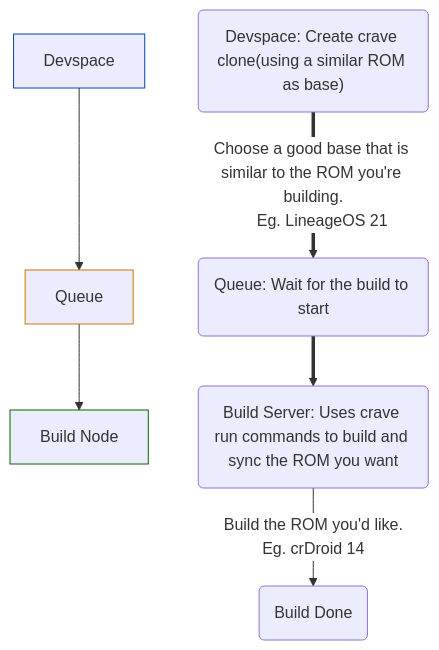
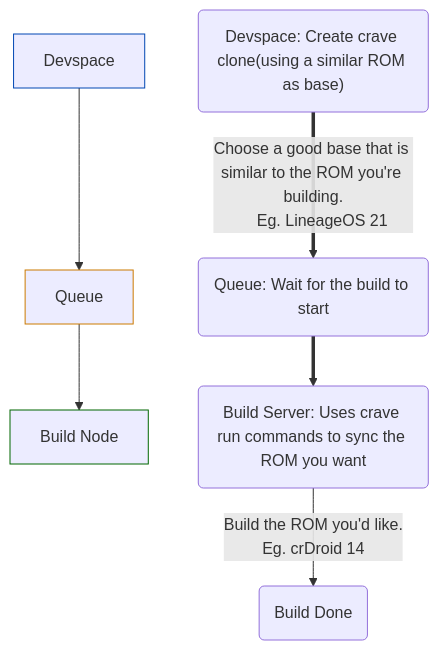
The diagram in getting-started/unsupported-roms.md (FOSSonTop/crave), drawn with Mermaid before and after one commit.

Commit message:
Unsupported: Fix colors

````diff
--- a/getting-started/unsupported-roms.md
+++ b/getting-started/unsupported-roms.md
@@ -16,20 +16,19 @@
 ```mermaid
-%%{init: {'themeVariables': { 'primaryColor': '#ffcccc', 'edgeLabelBackground':'#fff', 'tertiaryColor':'#ccffcc'}}}%%
 graph TD
     %% Diagram 1: Create crave clone -> start build
     A[Devspace] --> M
     M[Queue] --> N[Build Node]
     
     style A stroke:#0047b3
     style M stroke:#cc7a00
     style N stroke:#006600
 
     P("Devspace: Create crave clone(using a similar ROM as base)") 
     Q("Queue: Wait for the build to start") 
-    R("Build Server: Uses crave run commands to build and sync the ROM you want")
+    R("Build Server: Uses crave run commands to sync the ROM you want")
     
     P ==> | Choose a good base that is similar to the ROM you're building.
     Eg. LineageOS 21 |Q ==> R --> |Build the ROM you'd like. 
     Eg. crDroid 14 | S(Build Done)
 
   ```
````
